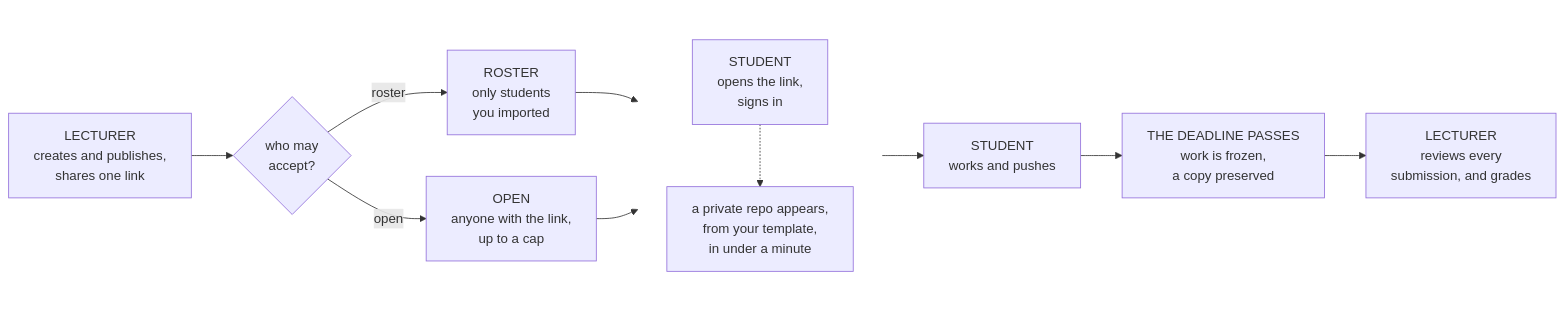
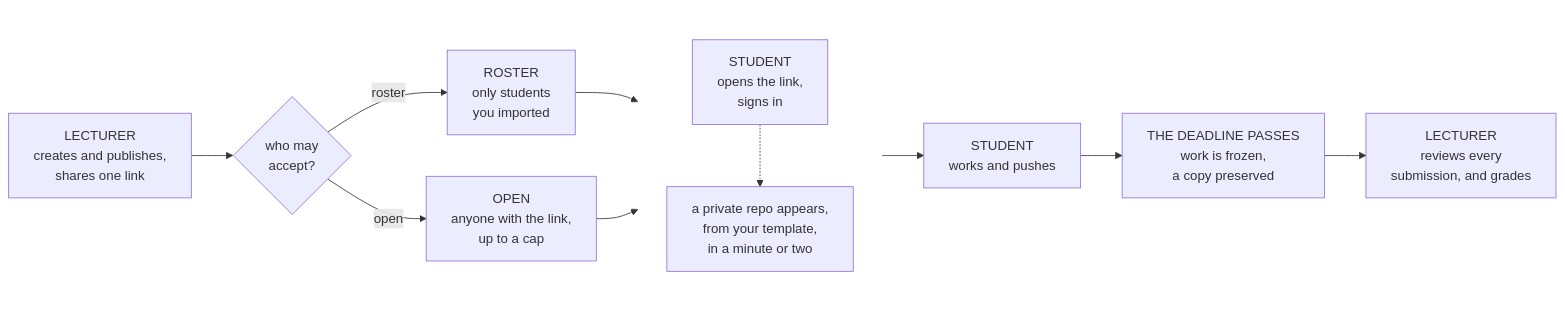
Before and after one commit to PXL-Digital-Application-Samples/pxl-classroom: the first of 2 diagrams in README.md, drawn with Mermaid. The commit also changed other lines of this file and 16 other files, not shown here.

````diff
--- a/README.md
+++ b/README.md
@@ -162,19 +197,19 @@
 ```mermaid
 flowchart LR
     Create["LECTURER<br/>creates and publishes,<br/>shares one link"] --> Who{"who may<br/>accept?"}
     Who -->|"roster"| Roster["ROSTER<br/>only students<br/>you imported"]
     Who -->|"open"| Open["OPEN<br/>anyone with the link,<br/>up to a cap"]
     Roster --> acc
     Open --> acc
 
     subgraph acc [" "]
         direction TB
-        Accept["STUDENT<br/>opens the link,<br/>signs in"] -.-> Repo["a private repo appears,<br/>from your template,<br/>in under a minute"]
+        Accept["STUDENT<br/>opens the link,<br/>signs in"] -.-> Repo["a private repo appears,<br/>from your template,<br/>in a minute or two"]
     end
 
     acc --> Work["STUDENT<br/>works and pushes"]
     Work --> Deadline["THE DEADLINE PASSES<br/>work is frozen,<br/>a copy preserved"]
     Deadline --> Grade["LECTURER<br/>reviews every<br/>submission, and grades"]
 
     style acc fill:none,stroke:none
 ```
````
